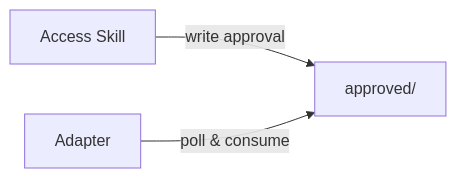
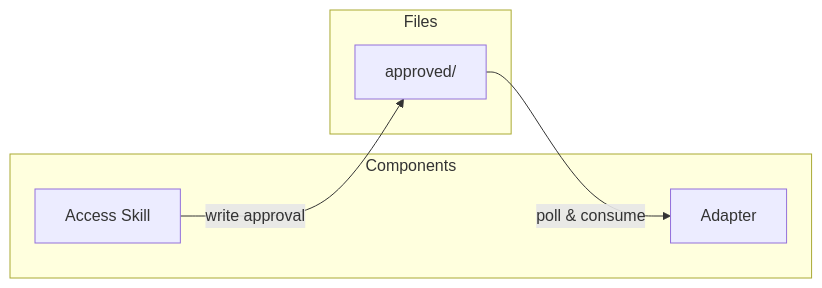
Before and after one commit to HealGaren/claude-channel-mux: diagram 11 of 12 in docs/guides/architecture.md, drawn with Mermaid. The commit also changed other lines of this file, not shown here.

Commit message:
docs: add subgraph boxes to state directory diagrams

````diff
--- a/docs/guides/architecture.md
+++ b/docs/guides/architecture.md
@@ -204,5 +232,13 @@
 ```mermaid
 graph LR
-    Skill[Access Skill] -->|write approval| APR[approved/]
-    Adapter -->|poll & consume| APR
+    subgraph Components
+        Skill[Access Skill]
+        Adapter
+    end
+    subgraph Files
+        APR[approved/]
+    end
+
+    Skill -->|write approval| APR
+    APR -->|poll & consume| Adapter
 ```
````
